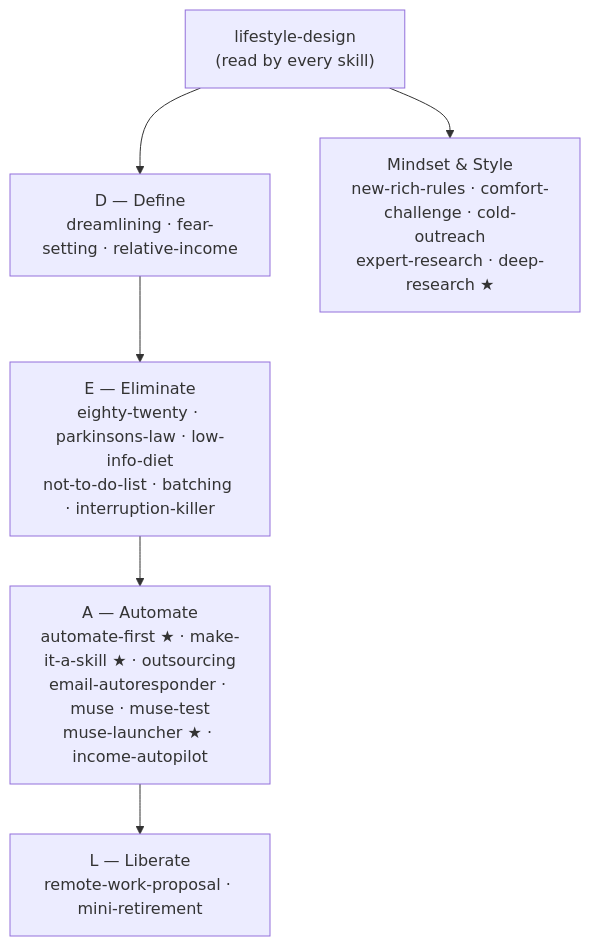
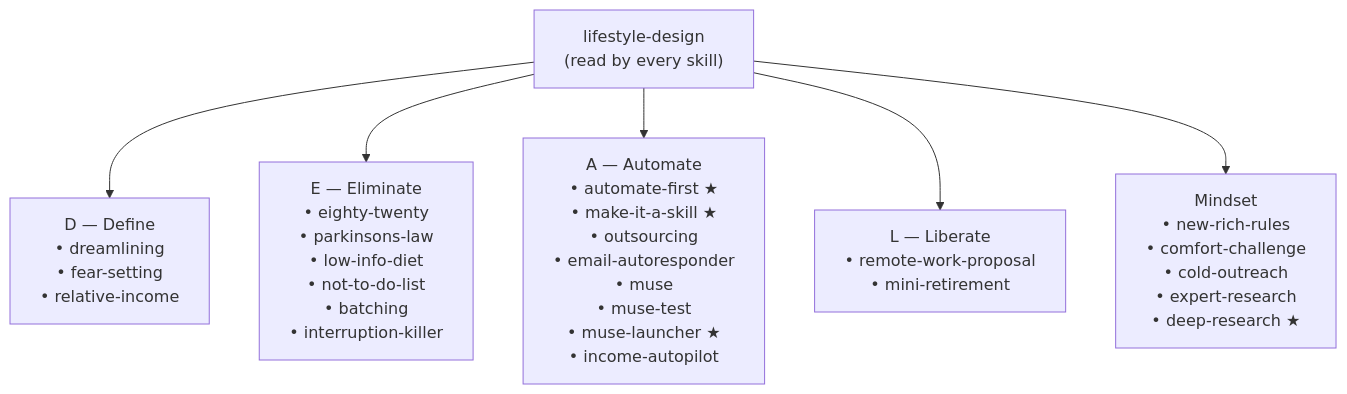
Before and after one commit to SidekicksStudio/fhww-skills: the diagram in README.md, drawn with Mermaid.

Commit message:
ReadME update

````diff
--- a/README.md
+++ b/README.md
@@ -30,13 +30,12 @@
 ```mermaid
-flowchart TD
+flowchart TB
     LD["lifestyle-design\n(read by every skill)"]
 
-    D["D — Define\ndreamlining · fear-setting · relative-income"]
-    E["E — Eliminate\neighty-twenty · parkinsons-law · low-info-diet\nnot-to-do-list · batching · interruption-killer"]
-    A["A — Automate\nautomate-first ★ · make-it-a-skill ★ · outsourcing\nemail-autoresponder · muse · muse-test\nmuse-launcher ★ · income-autopilot"]
-    L["L — Liberate\nremote-work-proposal · mini-retirement"]
-    M["Mindset & Style\nnew-rich-rules · comfort-challenge · cold-outreach\nexpert-research · deep-research ★"]
+    D["D — Define\n• dreamlining\n• fear-setting\n• relative-income"]
+    E["E — Eliminate\n• eighty-twenty\n• parkinsons-law\n• low-info-diet\n• not-to-do-list\n• batching\n• interruption-killer"]
+    A["A — Automate\n• automate-first ★\n• make-it-a-skill ★\n• outsourcing\n• email-autoresponder\n• muse\n• muse-test\n• muse-launcher ★\n• income-autopilot"]
+    L["L — Liberate\n• remote-work-proposal\n• mini-retirement"]
+    M["Mindset\n• new-rich-rules\n• comfort-challenge\n• cold-outreach\n• expert-research\n• deep-research ★"]
 
-    LD --> D --> E --> A --> L
-    LD --> M
+    LD --> D & E & A & L & M
 ```
````
